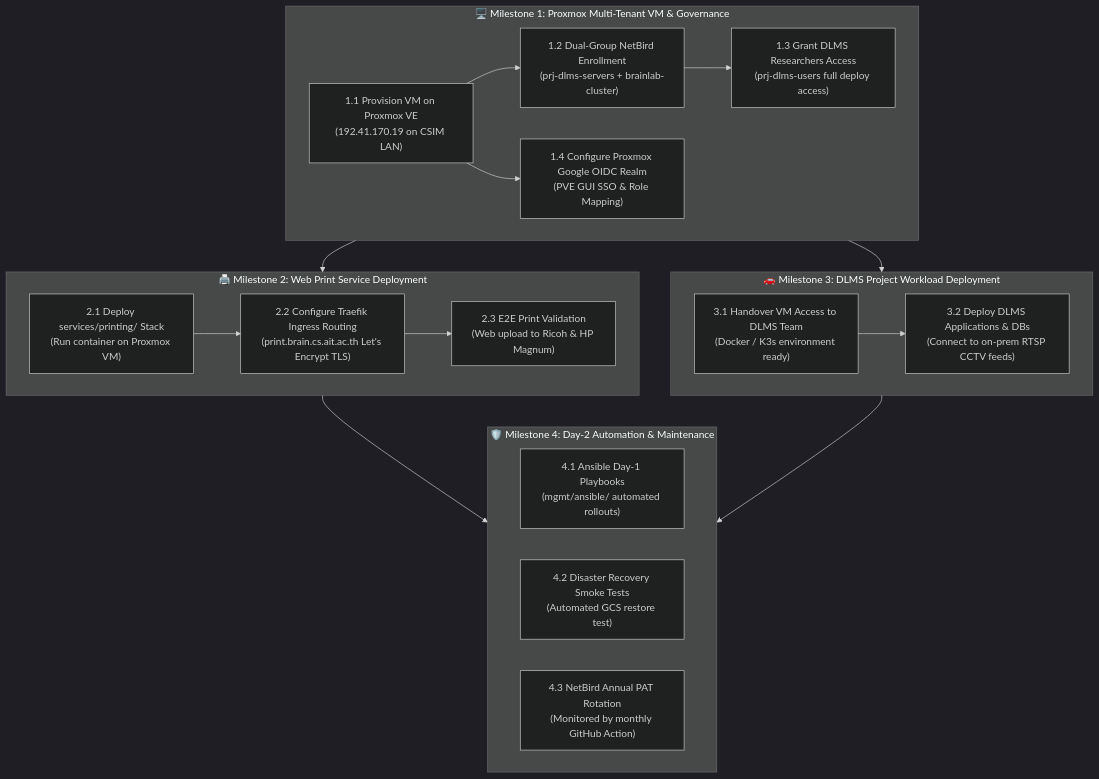
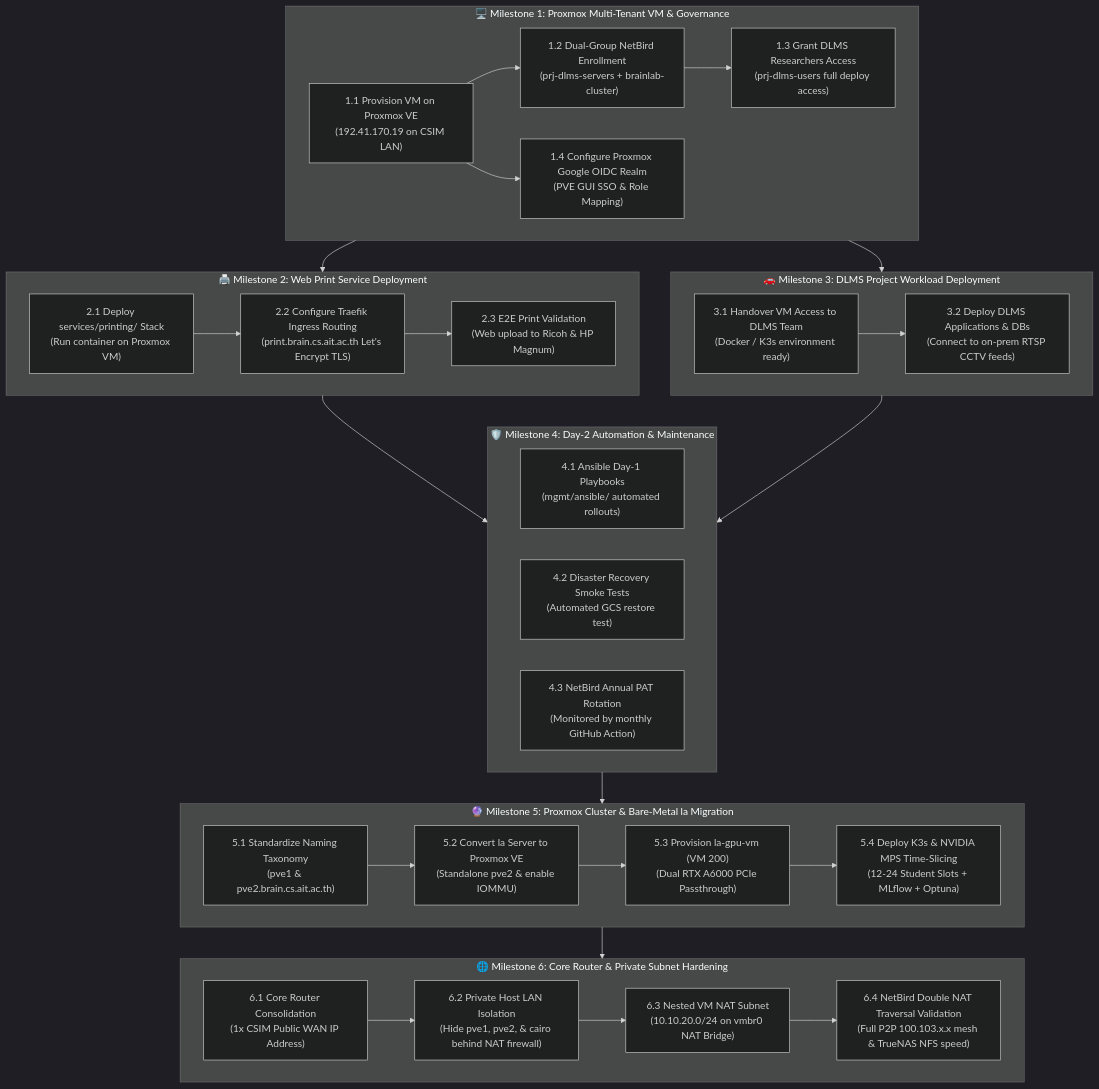
One commit to AIT-brainlab/brainlab-base changed the diagram in mgmt/checklist.md. Above: the diagram before and after it, drawn with Mermaid (dark theme). The commit also changed other lines of this file and 16 other files, not shown here.

Commit message:
feat(onprem): establish Proxmox 2-layer IaC architecture, taxonomy, and roadmap phases 5-6

````diff
--- a/mgmt/checklist.md
+++ b/mgmt/checklist.md
@@ -27,35 +27,53 @@
 ```mermaid
 flowchart TD
     subgraph PHASE1 ["🖥️ Milestone 1: Proxmox Multi-Tenant VM & Governance"]
         P1A["1.1 Provision VM on Proxmox VE<br/>(192.41.170.19 on CSIM LAN)"]
         P1B["1.2 Dual-Group NetBird Enrollment<br/>(prj-dlms-servers + brainlab-cluster)"]
         P1C["1.3 Grant DLMS Researchers Access<br/>(prj-dlms-users full deploy access)"]
         P1D["1.4 Configure Proxmox Google OIDC Realm<br/>(PVE GUI SSO & Role Mapping)"]
         P1A --> P1B --> P1C
         P1A --> P1D
     end
 
     subgraph PHASE2 ["🖨️ Milestone 2: Web Print Service Deployment"]
         P2A["2.1 Deploy services/printing/ Stack<br/>(Run container on Proxmox VM)"]
         P2B["2.2 Configure Traefik Ingress Routing<br/>(print.brain.cs.ait.ac.th Let's Encrypt TLS)"]
         P2C["2.3 E2E Print Validation<br/>(Web upload to Ricoh & HP Magnum)"]
         P2A --> P2B --> P2C
     end
 
     subgraph PHASE3 ["🚗 Milestone 3: DLMS Project Workload Deployment"]
         P3A["3.1 Handover VM Access to DLMS Team<br/>(Docker / K3s environment ready)"]
         P3B["3.2 Deploy DLMS Applications & DBs<br/>(Connect to on-prem RTSP CCTV feeds)"]
         P3A --> P3B
     end
 
     subgraph PHASE4 ["🛡️ Milestone 4: Day-2 Automation & Maintenance"]
         P4A["4.1 Ansible Day-1 Playbooks<br/>(mgmt/ansible/ automated rollouts)"]
         P4B["4.2 Disaster Recovery Smoke Tests<br/>(Automated GCS restore test)"]
         P4C["4.3 NetBird Annual PAT Rotation<br/>(Monitored by monthly GitHub Action)"]
     end
 
+    subgraph PHASE5 ["🔮 Milestone 5: Proxmox Cluster & Bare-Metal la Migration"]
+        P5A["5.1 Standardize Naming Taxonomy<br/>(pve1 & pve2.brain.cs.ait.ac.th)"]
+        P5B["5.2 Convert la Server to Proxmox VE<br/>(Standalone pve2 & enable IOMMU)"]
+        P5C["5.3 Provision la-gpu-vm (VM 200)<br/>(Dual RTX A6000 PCIe Passthrough)"]
+        P5D["5.4 Deploy K3s & NVIDIA MPS Time-Slicing<br/>(12-24 Student Slots + MLflow + Optuna)"]
+        P5A --> P5B --> P5C --> P5D
+    end
+
+    subgraph PHASE6 ["🌐 Milestone 6: Core Router & Private Subnet Hardening"]
+        P6A["6.1 Core Router Consolidation<br/>(1x CSIM Public WAN IP Address)"]
+        P6B["6.2 Private Host LAN Isolation<br/>(Hide pve1, pve2, & cairo behind NAT firewall)"]
+        P6C["6.3 Nested VM NAT Subnet<br/>(10.10.20.0/24 on vmbr0 NAT Bridge)"]
+        P6D["6.4 NetBird Double NAT Traversal Validation<br/>(Full P2P 100.103.x.x mesh & TrueNAS NFS speed)"]
+        P6A --> P6B --> P6C --> P6D
+    end
+
     PHASE1 --> PHASE2
     PHASE1 --> PHASE3
     PHASE2 --> PHASE4
     PHASE3 --> PHASE4
+    PHASE4 --> PHASE5
+    PHASE5 --> PHASE6
 ```
````
